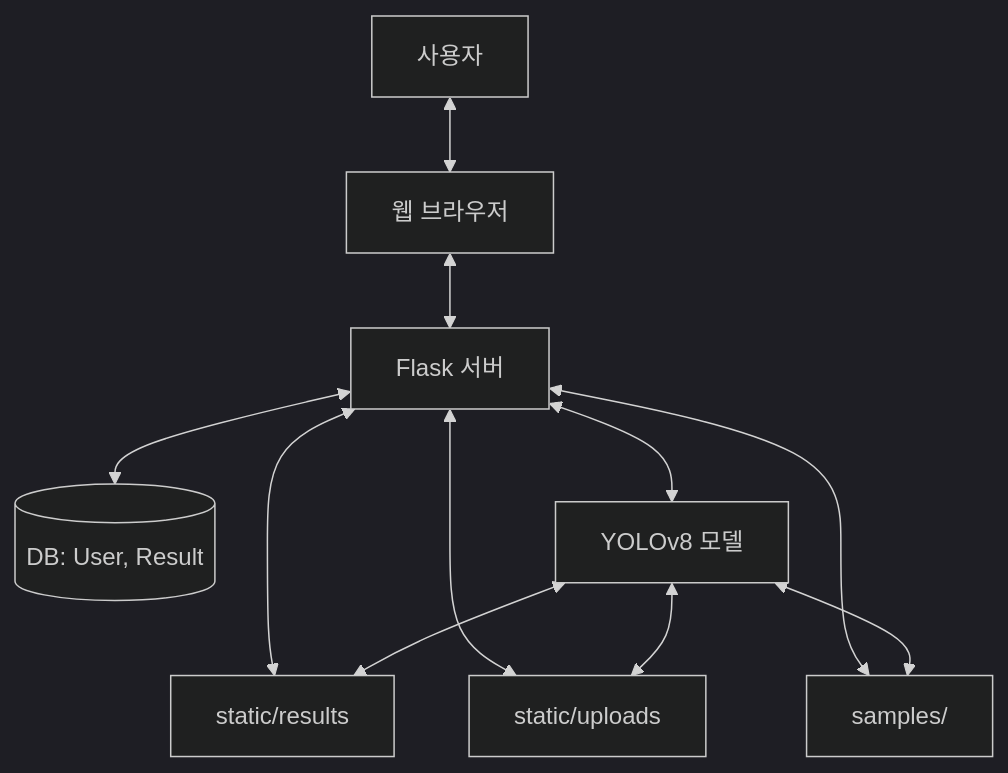
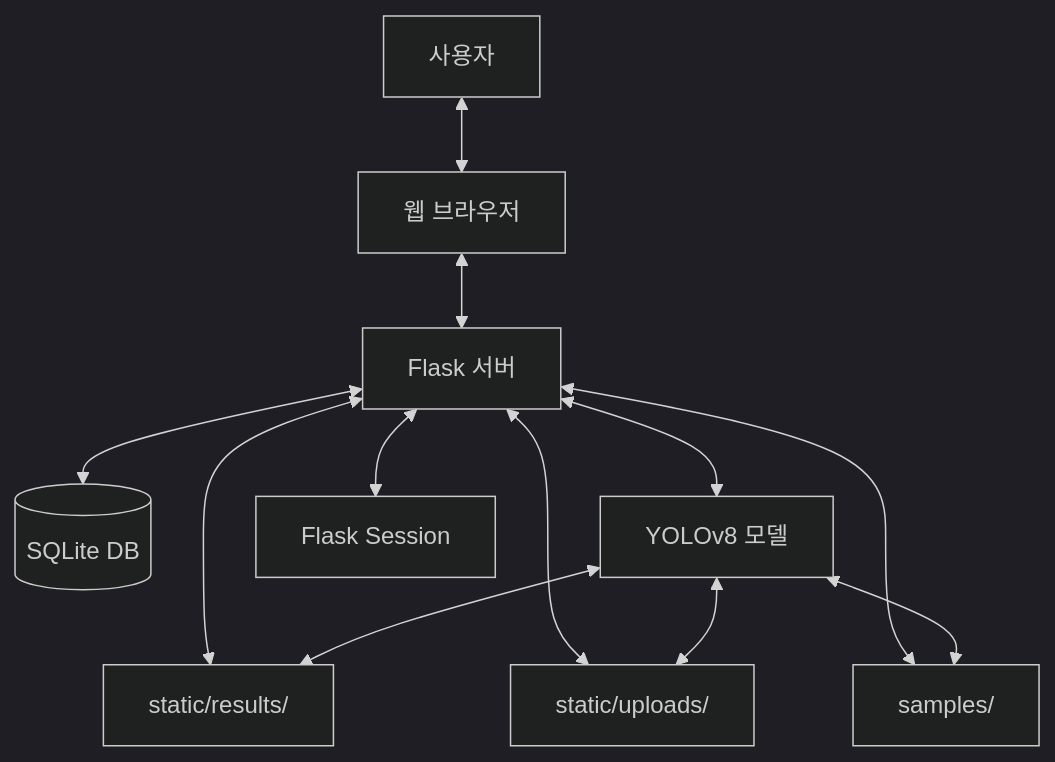
Before and after one commit to Clean314/flask-yolo8: the first of 4 diagrams in docs/data-flow.md, drawn with Mermaid (dark theme). The commit also changed other lines of this file and 4 other files, not shown here.

````diff
--- a/docs/data-flow.md
+++ b/docs/data-flow.md
@@ -3,22 +5,24 @@
 ```mermaid
 flowchart TD
     User["사용자"]
     Web["웹 브라우저"]
     Flask["Flask 서버"]
-    DB[("DB: User, Result")]
-    Uploads["static/uploads"]
-    Results["static/results"]
+    DB[("SQLite DB")]
+    Uploads["static/uploads/"]
+    Results["static/results/"]
     Samples["samples/"]
     YOLO["YOLOv8 모델"]
+    Session["Flask Session"]
 
     User <--> Web
     Web <--> Flask
     Flask <--> DB
+    Flask <--> Session
     Flask <--> YOLO
     Flask <--> Uploads
     Flask <--> Results
     Flask <--> Samples
     YOLO <--> Results
     YOLO <--> Uploads
     YOLO <--> Samples
 ```
````
